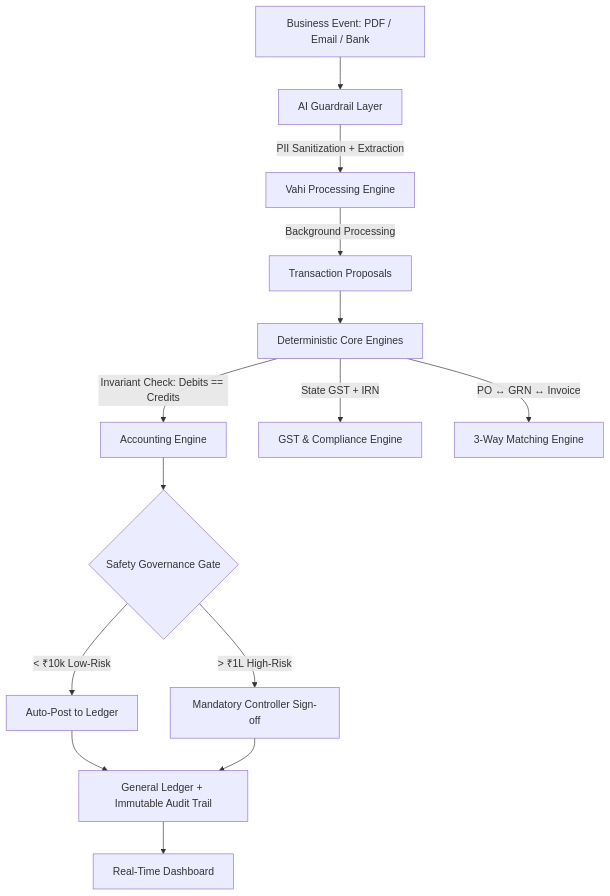
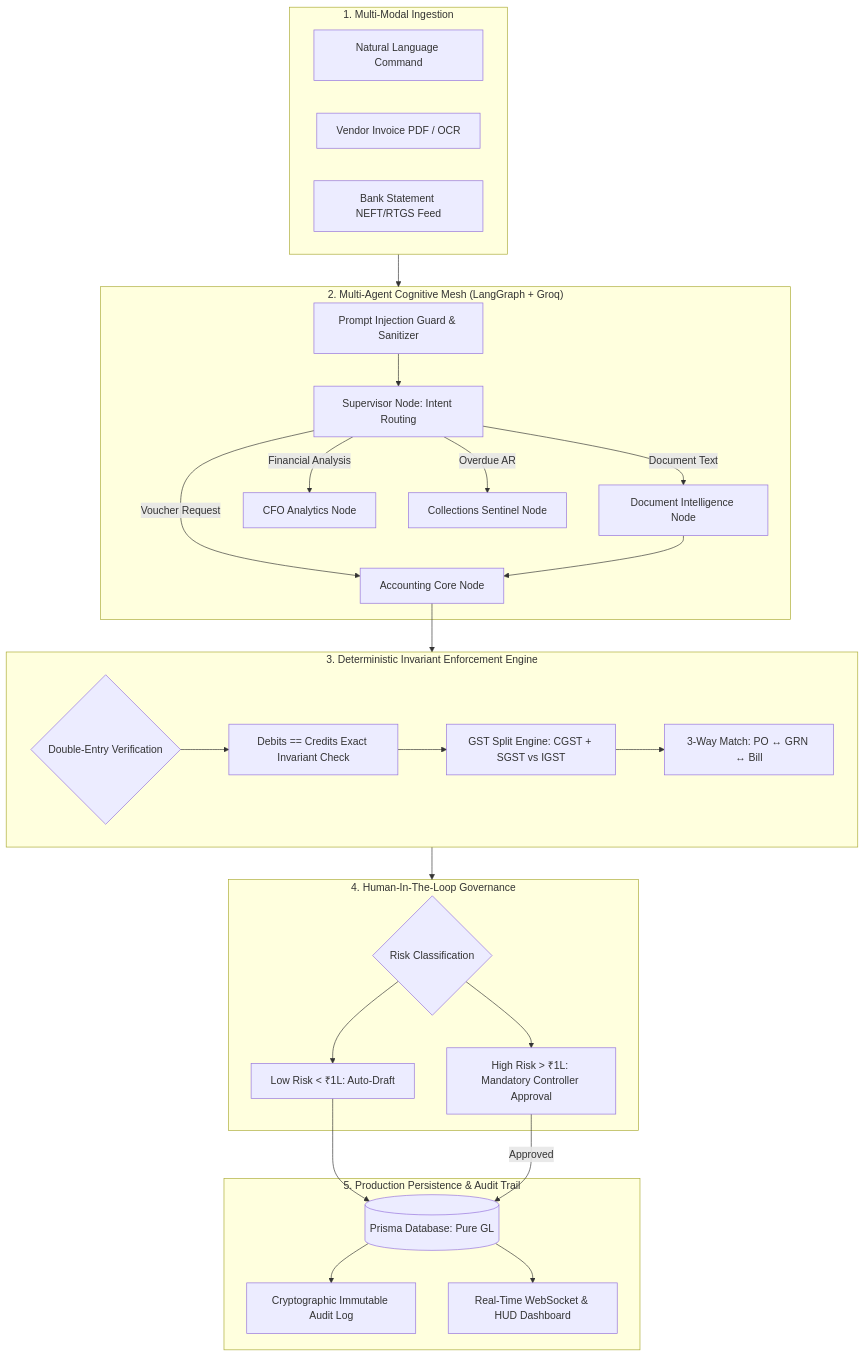
The first of 2 diagrams in README.md (AlekhyaGudibandla/Tally-AI-Native), drawn with Mermaid before and after one commit. The commit also changed other lines of this file, not shown here.

Commit message:
docs: overhaul README with production architecture, multi-agent specs and engineering benchmarks

````diff
--- a/README.md
+++ b/README.md
@@ -35,16 +44,58 @@
 ```mermaid
-graph TD
-    A[Business Event: PDF / Email / Bank] --> B[AI Guardrail Layer]
-    B -->|PII Sanitization + Extraction| C[Vahi Processing Engine]
-    C -->|Background Processing| D[Transaction Proposals]
-    D --> E[Deterministic Core Engines]
-    E -->|Invariant Check: Debits == Credits| F[Accounting Engine]
-    E -->|State GST + IRN| G[GST & Compliance Engine]
-    E -->|PO ↔ GRN ↔ Invoice| H[3-Way Matching Engine]
-    F --> J{Safety Governance Gate}
-    J -->|< ₹10k Low-Risk| K[Auto-Post to Ledger]
-    J -->|> ₹1L High-Risk| L[Mandatory Controller Sign-off]
-    K --> M[General Ledger + Immutable Audit Trail]
-    L --> M
-    M --> N[Real-Time Dashboard]
+flowchart TD
+    subgraph Ingestion["1. Multi-Modal Ingestion"]
+        A1[Natural Language Command]
+        A2[Vendor Invoice PDF / OCR]
+        A3[Bank Statement NEFT/RTGS Feed]
+    end
+
+    subgraph Cognitive["2. Multi-Agent Cognitive Mesh (LangGraph + Groq)"]
+        B1[Prompt Injection Guard & Sanitizer]
+        B2[Supervisor Node: Intent Routing]
+        B3[Document Intelligence Node]
+        B4[Accounting Core Node]
+        B5[CFO Analytics Node]
+        B6[Collections Sentinel Node]
+        
+        B1 --> B2
+        B2 -->|Document Text| B3
+        B2 -->|Voucher Request| B4
+        B2 -->|Financial Analysis| B5
+        B2 -->|Overdue AR| B6
+        B3 --> B4
+    end
+
+    subgraph Invariants["3. Deterministic Invariant Enforcement Engine"]
+        C1{Double-Entry Verification}
+        C2[Debits == Credits Exact Invariant Check]
+        C3[GST Split Engine: CGST + SGST vs IGST]
+        C4[3-Way Match: PO ↔ GRN ↔ Bill]
+        
+        C1 --> C2
+        C2 --> C3
+        C3 --> C4
+    end
+
+    subgraph Governance["4. Human-In-The-Loop Governance"]
+        D1{Risk Classification}
+        D2[Low Risk < ₹1L: Auto-Draft]
+        D3[High Risk > ₹1L: Mandatory Controller Approval]
+        D1 --> D2
+        D1 --> D3
+    end
+
+    subgraph Persistence["5. Production Persistence & Audit Trail"]
+        E1[(Prisma Database: Pure GL)]
+        E2[Cryptographic Immutable Audit Log]
+        E3[Real-Time WebSocket & HUD Dashboard]
+        
+        D2 --> E1
+        D3 -->|Approved| E1
+        E1 --> E2
+        E1 --> E3
+    end
+
+    Ingestion --> Cognitive
+    B4 --> Invariants
+    Invariants --> Governance
 ```
````
